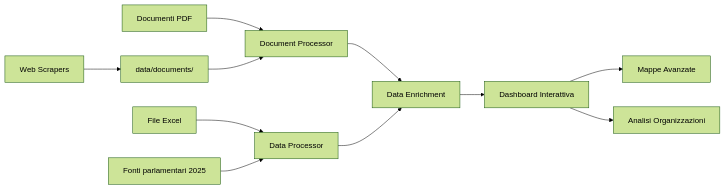
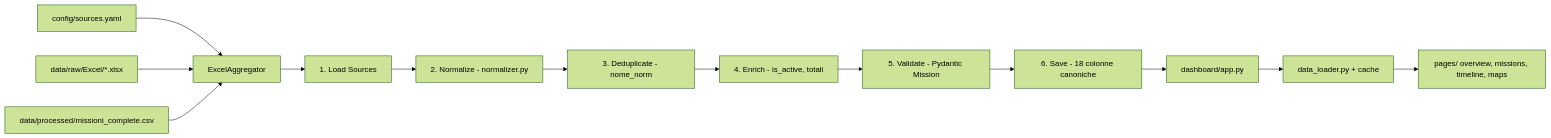
One commit to CosimoMelella92/MIDA-Missioni-Internazionali-e-Dati-Analitici changed the diagram in README.md. Above: the diagram before and after it, drawn with Mermaid (forest theme). The commit also changed other lines of this file and 171 other files, not shown here.

````diff
--- a/README.md
+++ b/README.md
@@ -175,13 +167,15 @@
 ```mermaid
 graph LR
-    A[Documenti PDF] --> B[Document Processor]
-    C[File Excel] --> D[Data Processor]
-    E[Fonti parlamentari 2025] --> D
-    F[Web Scrapers] --> G[data/documents/]
-    G --> B
-    B --> H[Data Enrichment]
-    D --> H
-    H --> I[Dashboard Interattiva]
-    I --> J[Mappe Avanzate]
-    I --> K[Analisi Organizzazioni]
+    A[config/sources.yaml] --> B[ExcelAggregator]
+    C[data/raw/Excel/*.xlsx] --> B
+    D[data/processed/missioni_complete.csv] --> B
+    B --> E[1. Load Sources]
+    E --> F[2. Normalize - normalizer.py]
+    F --> G[3. Deduplicate - nome_norm]
+    G --> H[4. Enrich - is_active, totali]
+    H --> I[5. Validate - Pydantic Mission]
+    I --> J[6. Save - 18 colonne canoniche]
+    J --> K[dashboard/app.py]
+    K --> L[data_loader.py + cache]
+    L --> M[pages/ overview, missions, timeline, maps]
 ```
````
